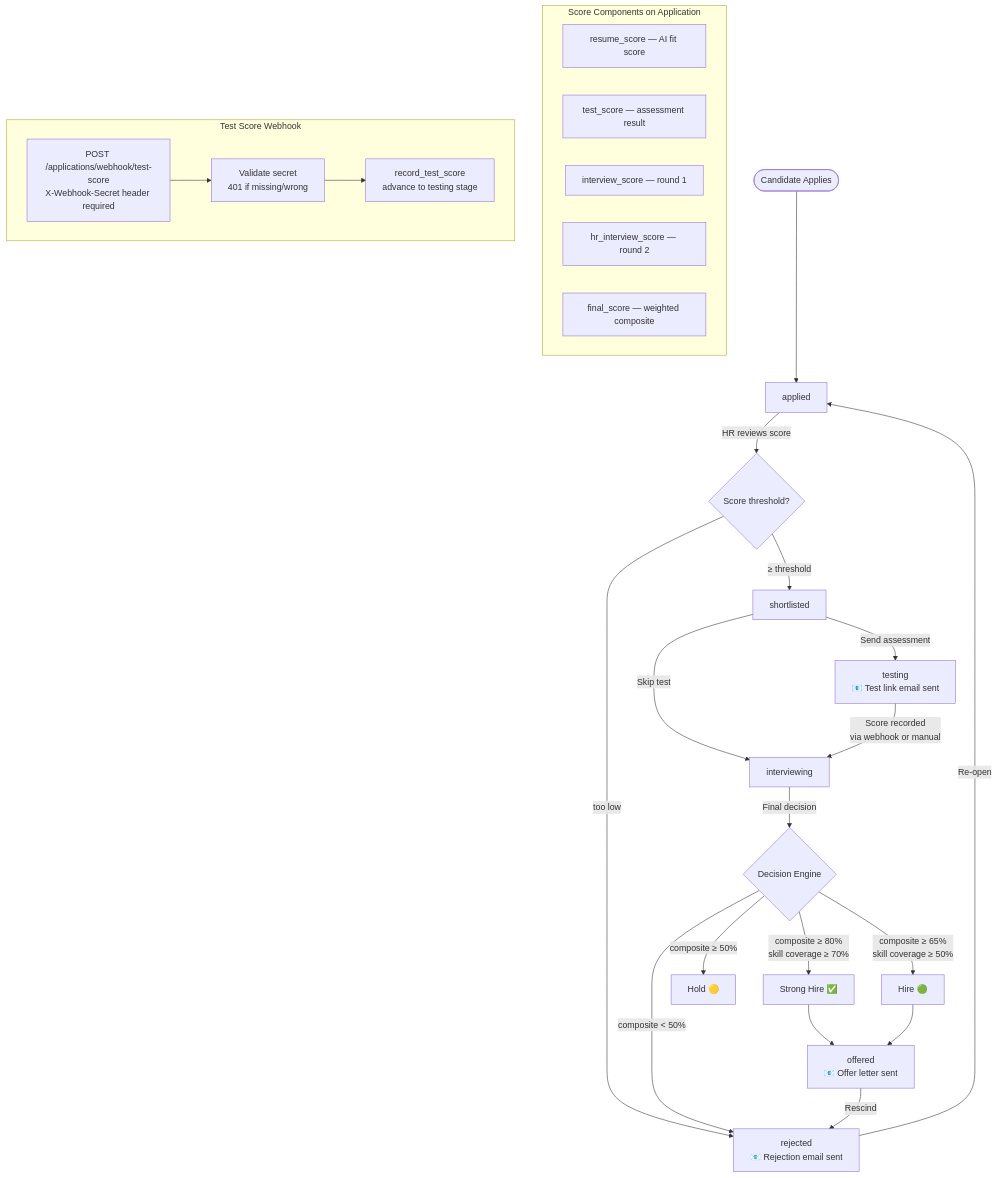
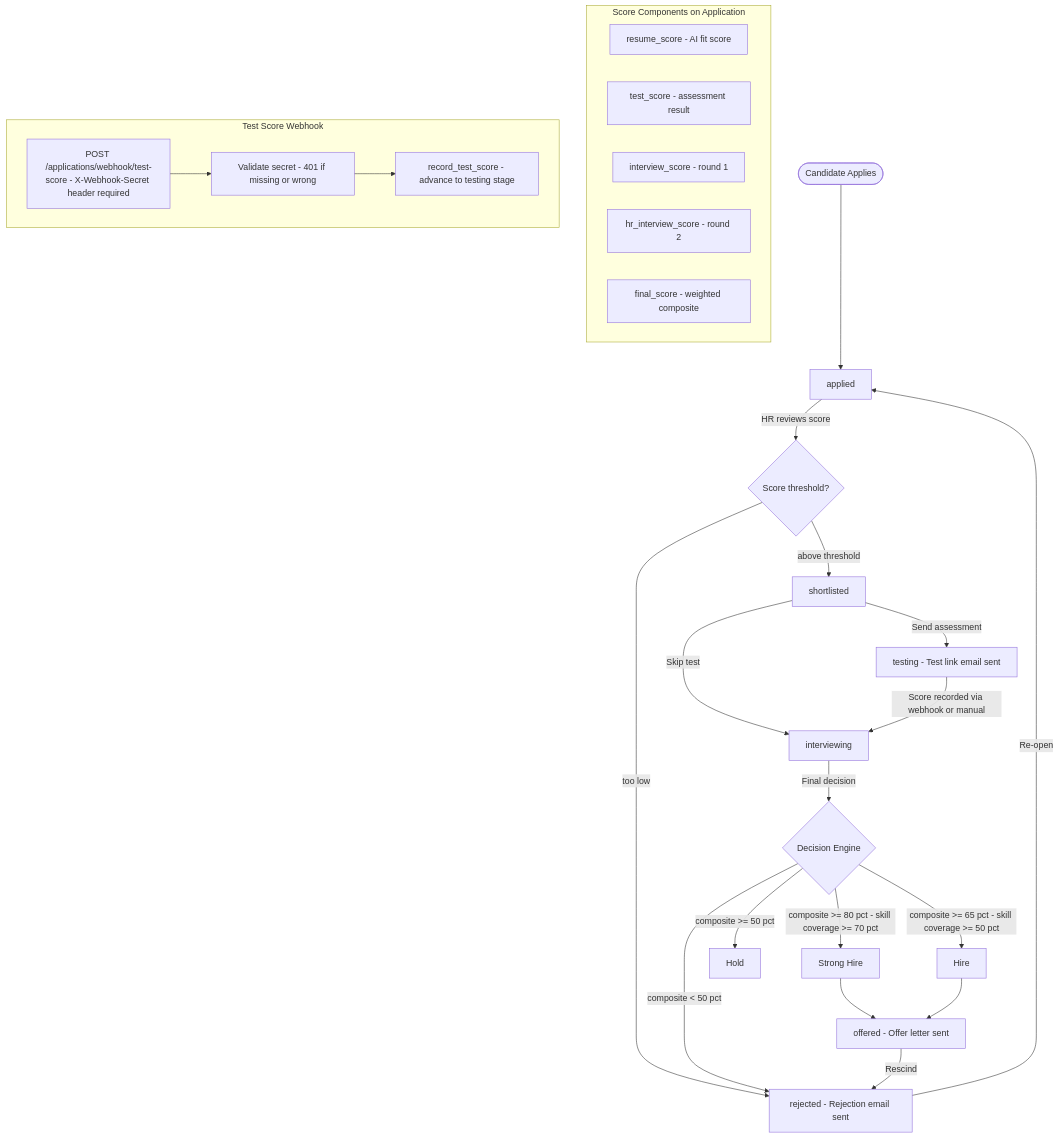
The seventh of 12 diagrams in FLOWCHARTS.md (Deep841/fairhire-ai), drawn with Mermaid before and after one commit. The commit also changed other lines of this file, not shown here.

Commit message:
fix: Remove all emojis and unicode from flowcharts - plain ASCII only for Mermaid compatibility

````diff
--- a/FLOWCHARTS.md
+++ b/FLOWCHARTS.md
@@ -329,38 +323,37 @@
 ```mermaid
 flowchart TD
     A([Candidate Applies]) --> B[applied]
 
     B -->|HR reviews score| C{Score threshold?}
-    C -->|≥ threshold| D[shortlisted]
-    C -->|too low| REJ[rejected\n📧 Rejection email sent]
+    C -->|above threshold| D[shortlisted]
+    C -->|too low| REJ[rejected - Rejection email sent]
 
-    D -->|Send assessment| E[testing\n📧 Test link email sent]
+    D -->|Send assessment| E[testing - Test link email sent]
     D -->|Skip test| F[interviewing]
-    E -->|Score recorded\nvia webhook or manual| F
+    E -->|Score recorded via webhook or manual| F
 
     F -->|Final decision| G{Decision Engine}
-    G -->|composite ≥ 80%\nskill coverage ≥ 70%| H[Strong Hire ✅]
-    G -->|composite ≥ 65%\nskill coverage ≥ 50%| I[Hire 🟢]
-    G -->|composite ≥ 50%| J[Hold 🟡]
-    G -->|composite < 50%| REJ
+    G -->|composite >= 80 pct - skill coverage >= 70 pct| H[Strong Hire]
+    G -->|composite >= 65 pct - skill coverage >= 50 pct| I[Hire]
+    G -->|composite >= 50 pct| J[Hold]
+    G -->|composite < 50 pct| REJ
 
-    H --> K[offered\n📧 Offer letter sent]
+    H --> K[offered - Offer letter sent]
     I --> K
     K -->|Rescind| REJ
-
     REJ -->|Re-open| B
 
     subgraph SCORES["Score Components on Application"]
-        SC1[resume_score — AI fit score]
-        SC2[test_score — assessment result]
-        SC3[interview_score — round 1]
-        SC4[hr_interview_score — round 2]
-        SC5[final_score — weighted composite]
+        SC1[resume_score - AI fit score]
+        SC2[test_score - assessment result]
+        SC3[interview_score - round 1]
+        SC4[hr_interview_score - round 2]
+        SC5[final_score - weighted composite]
     end
 
     subgraph WEBHOOK["Test Score Webhook"]
-        W1[POST /applications/webhook/test-score\nX-Webhook-Secret header required]
-        W1 --> W2[Validate secret\n401 if missing/wrong]
-        W2 --> W3[record_test_score\nadvance to testing stage]
+        W1[POST /applications/webhook/test-score - X-Webhook-Secret header required]
+        W1 --> W2[Validate secret - 401 if missing or wrong]
+        W2 --> W3[record_test_score - advance to testing stage]
     end
 ```
````
